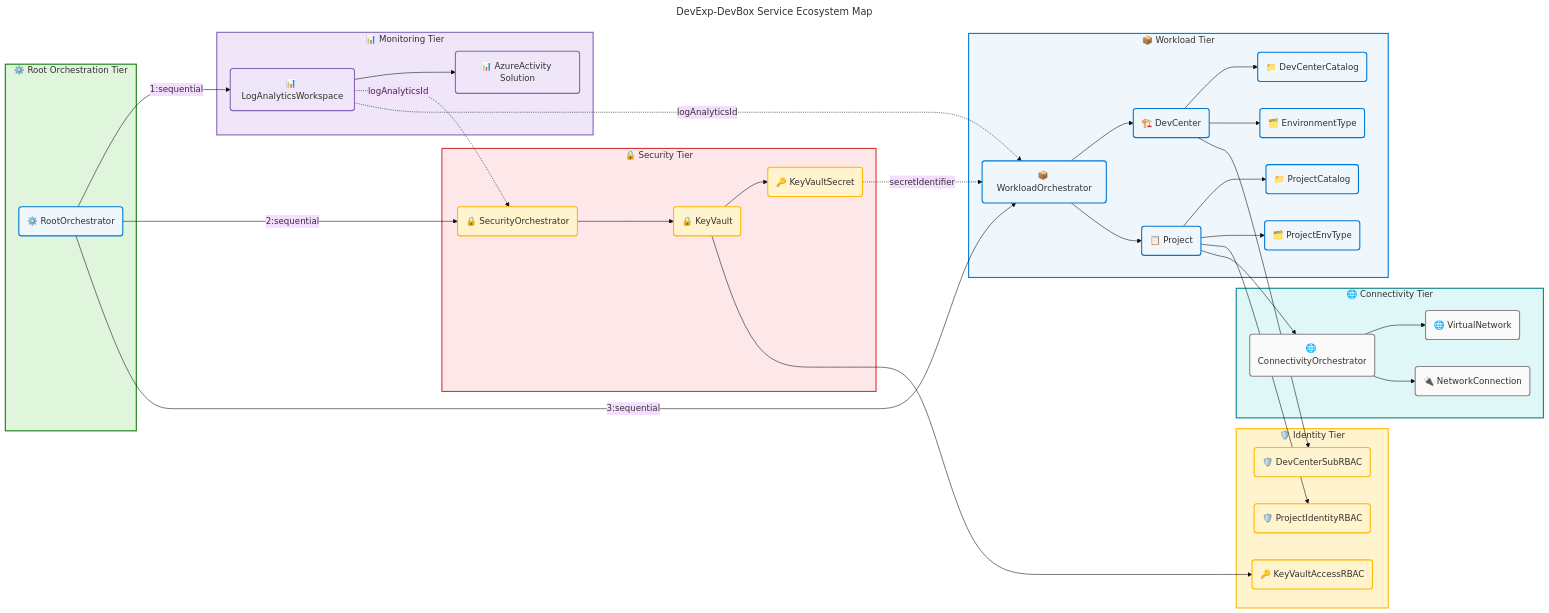
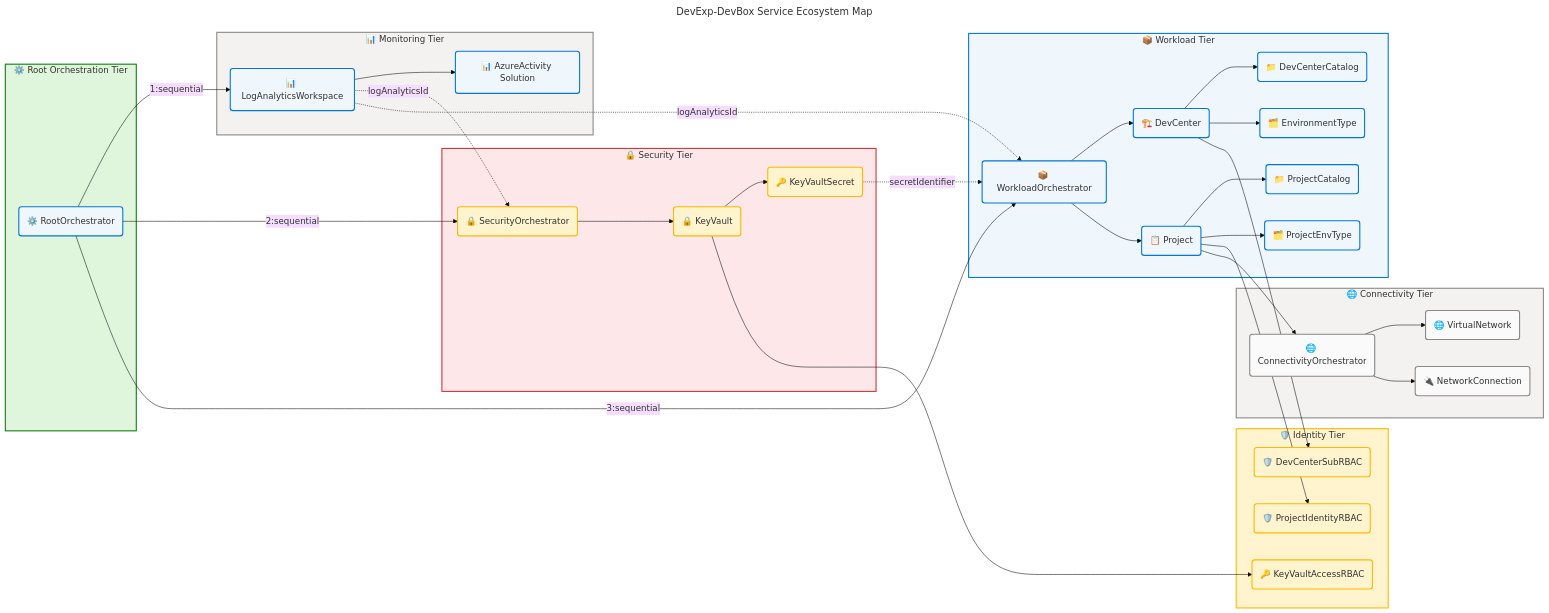
One commit to Evilazaro/DevExp-DevBox changed the second of 7 diagrams in docs/architecture/application-architecture.md. Above: the diagram before and after it, drawn with Mermaid. The commit also changed other lines of this file, not shown here.

Commit message:
refactor: Update Mermaid diagram styles for improved visual consistency in application architecture documentation

````diff
--- a/docs/architecture/application-architecture.md
+++ b/docs/architecture/application-architecture.md
@@ -193,8 +191,8 @@
     end
 
     subgraph MonTier["📊 Monitoring Tier"]
-        LAws("📊 LogAnalyticsWorkspace"):::data
-        ActSol("📊 AzureActivity Solution"):::data
+        LAws("📊 LogAnalyticsWorkspace"):::core
+        ActSol("📊 AzureActivity Solution"):::core
     end
 
     subgraph SecTier["🔒 Security Tier"]
@@ -249,14 +247,13 @@
     SecretRes -.->|"secretIdentifier"| WLOrch
 
     style RootTier fill:#DFF6DD,stroke:#107C10,stroke-width:2px,color:#323130
-    style MonTier fill:#F0E6FA,stroke:#8764B8,stroke-width:2px,color:#323130
+    style MonTier fill:#F3F2F1,stroke:#8A8886,stroke-width:2px,color:#323130
     style SecTier fill:#FDE7E9,stroke:#D13438,stroke-width:2px,color:#323130
     style WLTier fill:#EFF6FC,stroke:#0078D4,stroke-width:2px,color:#323130
-    style ConnTier fill:#E0F7F7,stroke:#038387,stroke-width:2px,color:#323130
+    style ConnTier fill:#F3F2F1,stroke:#8A8886,stroke-width:2px,color:#323130
     style IdTier fill:#FFF4CE,stroke:#FFB900,stroke-width:2px,color:#323130
 
     classDef neutral fill:#FAFAFA,stroke:#8A8886,stroke-width:2px,color:#323130
     classDef core fill:#EFF6FC,stroke:#0078D4,stroke-width:2px,color:#323130
     classDef warning fill:#FFF4CE,stroke:#FFB900,stroke-width:2px,color:#323130
-    classDef data fill:#F0E6FA,stroke:#8764B8,stroke-width:2px,color:#323130
 ```
````
